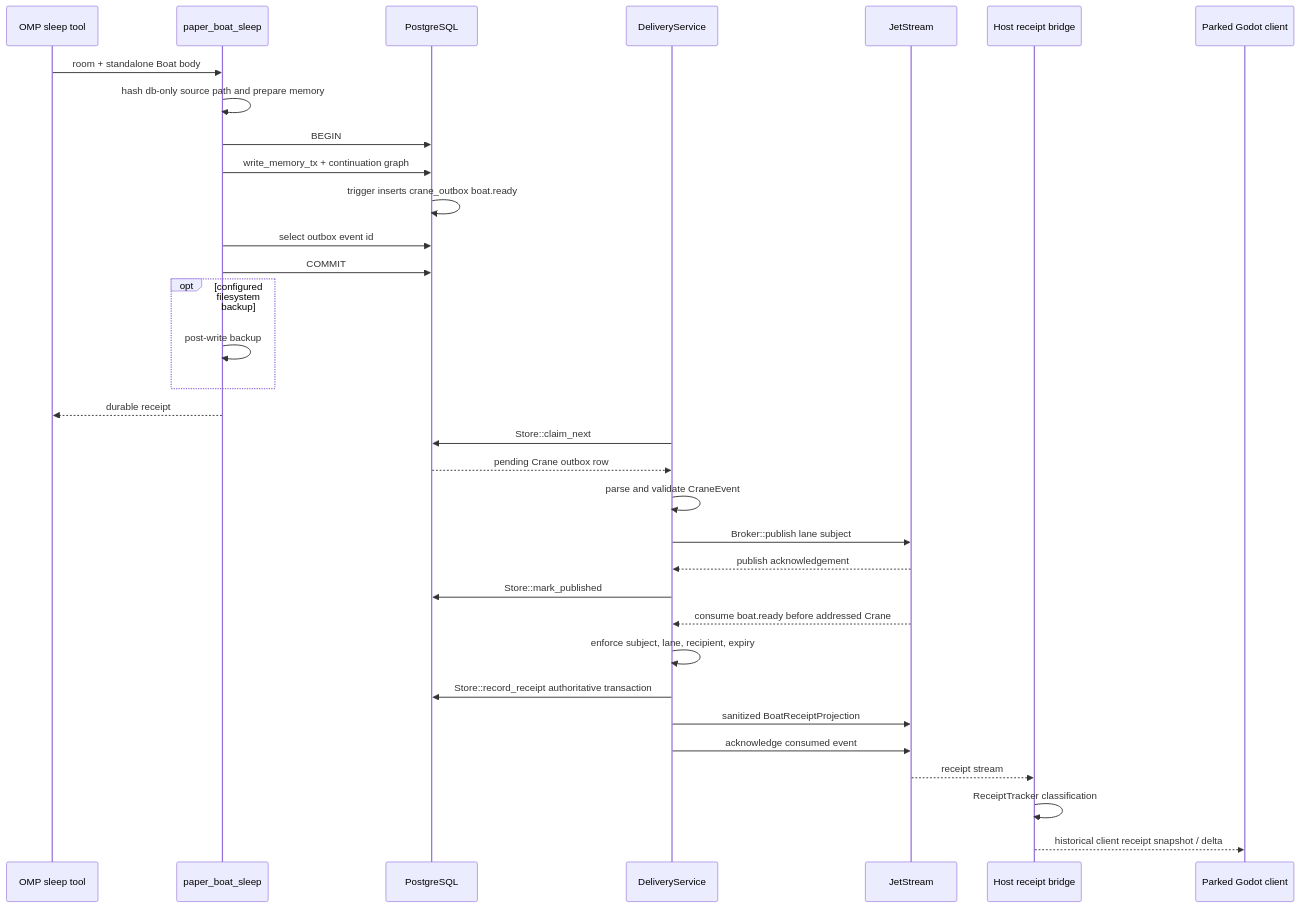
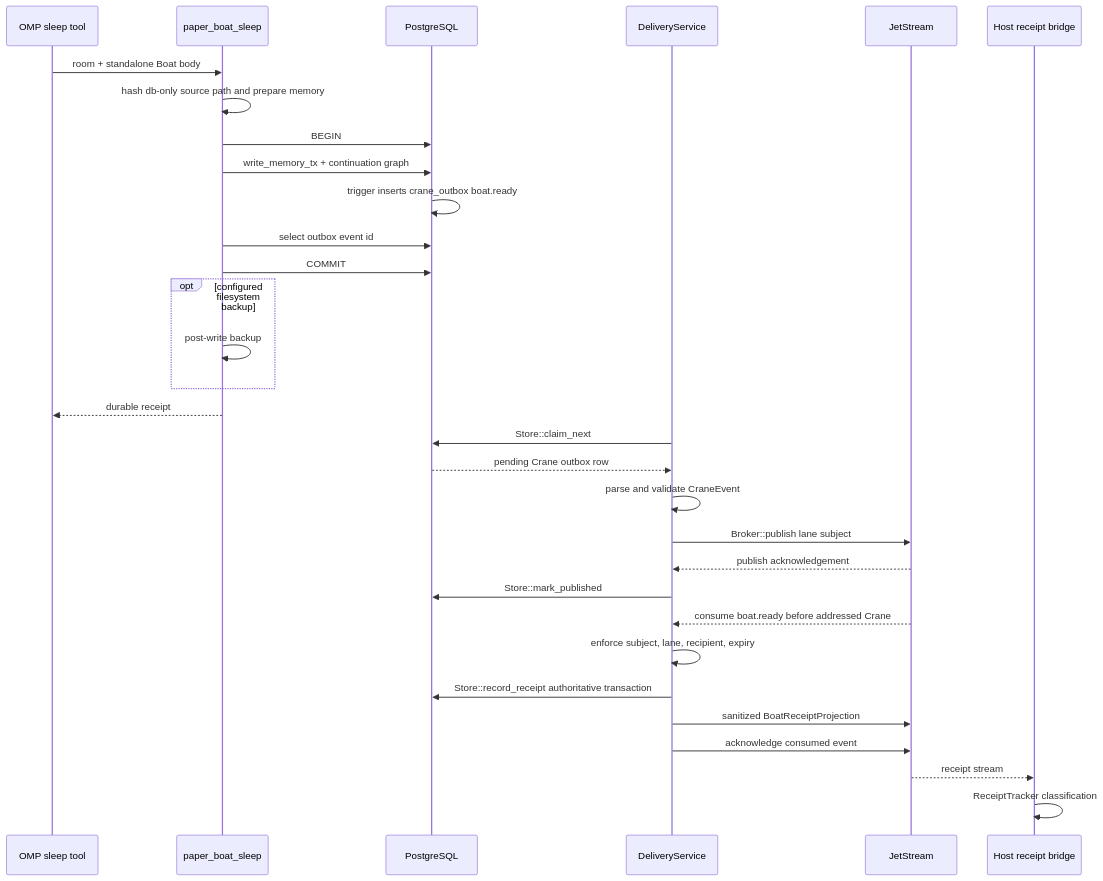
Diagram 11 of 16 in docs/CODE_FLOW_MAP.md (solarisael/the-athanor), drawn with Mermaid before and after one commit. The commit also changed other lines of this file and 431 other files, not shown here.

First line of the commit message:
Stop shipping the parked Godot client

````diff
--- a/docs/CODE_FLOW_MAP.md
+++ b/docs/CODE_FLOW_MAP.md
@@ -488,38 +485,36 @@
 ```mermaid
 sequenceDiagram
     participant Tool as OMP sleep tool
     participant Sub as paper_boat_sleep
     participant PG as PostgreSQL
     participant Delivery as DeliveryService
     participant NATS as JetStream
     participant Host as Host receipt bridge
-    participant Godot as Parked Godot client
 
     Tool->>Sub: room + standalone Boat body
     Sub->>Sub: hash db-only source path and prepare memory
     Sub->>PG: BEGIN
     Sub->>PG: write_memory_tx + continuation graph
     PG->>PG: trigger inserts crane_outbox boat.ready
     Sub->>PG: select outbox event id
     Sub->>PG: COMMIT
     opt configured filesystem backup
         Sub->>Sub: post-write backup
     end
     Sub-->>Tool: durable receipt
 
     Delivery->>PG: Store::claim_next
     PG-->>Delivery: pending Crane outbox row
     Delivery->>Delivery: parse and validate CraneEvent
     Delivery->>NATS: Broker::publish lane subject
     NATS-->>Delivery: publish acknowledgement
     Delivery->>PG: Store::mark_published
 
     NATS-->>Delivery: consume boat.ready before addressed Crane
     Delivery->>Delivery: enforce subject, lane, recipient, expiry
     Delivery->>PG: Store::record_receipt authoritative transaction
     Delivery->>NATS: sanitized BoatReceiptProjection
     Delivery->>NATS: acknowledge consumed event
     NATS-->>Host: receipt stream
     Host->>Host: ReceiptTracker classification
-    Host-->>Godot: historical client receipt snapshot / delta
 ```
````
